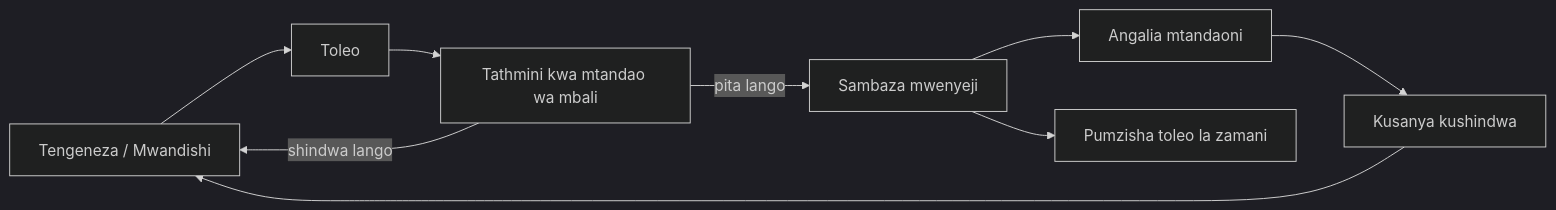
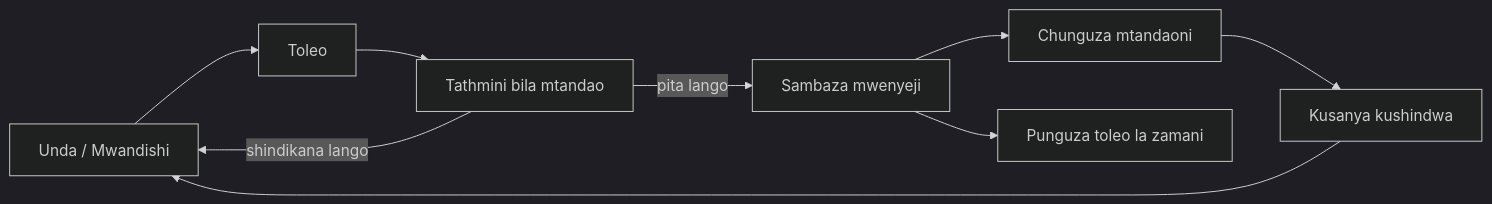
Before and after one commit to gabrielmoreira/agent-skills-mirror: the second of 4 diagrams in mirrors/repos/microsoft@ai-agents-for-beginners/translations/sw/16-deploying-scalable-agents/README.md, drawn with Mermaid (dark theme). The commit also changed other lines of this file and 3581 other files, not shown here.

````diff
--- a/mirrors/repos/microsoft@ai-agents-for-beginners/translations/sw/16-deploying-scalable-agents/README.md
+++ b/mirrors/repos/microsoft@ai-agents-for-beginners/translations/sw/16-deploying-scalable-agents/README.md
@@ -108,11 +108,11 @@
 ```mermaid
 flowchart LR
-    Create[Tengeneza / Mwandishi] --> Version[Toleo]
-    Version --> Evaluate[Tathmini kwa mtandao wa mbali]
+    Create[Unda / Mwandishi] --> Version[Toleo]
+    Version --> Evaluate[Tathmini bila mtandao]
     Evaluate -->|pita lango| Deploy[Sambaza mwenyeji]
-    Evaluate -->|shindwa lango| Create
-    Deploy --> Observe[Angalia mtandaoni]
+    Evaluate -->|shindikana lango| Create
+    Deploy --> Observe[Chunguza mtandaoni]
     Observe --> Improve[Kusanya kushindwa]
     Improve --> Create
-    Deploy --> Retire[Pumzisha toleo la zamani]
+    Deploy --> Retire[Punguza toleo la zamani]
 ```
````
